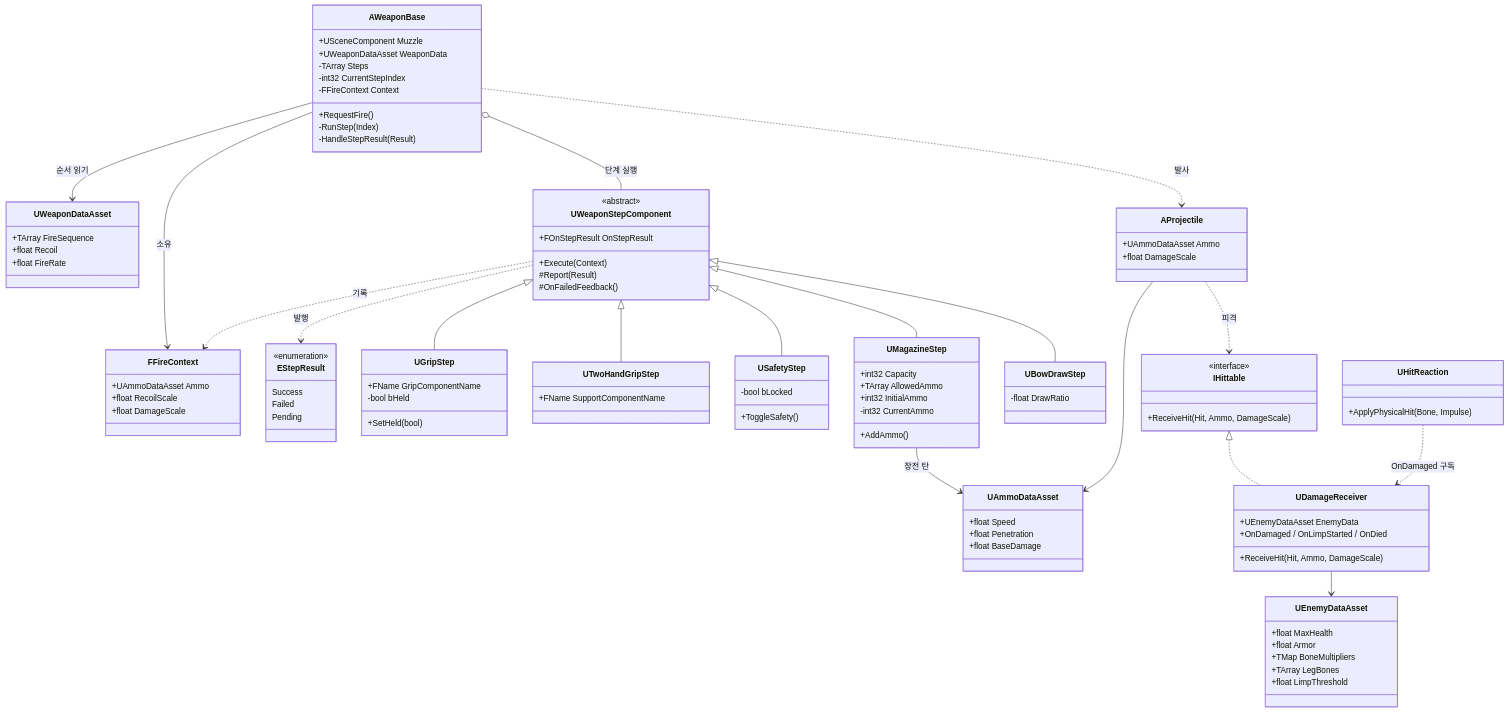
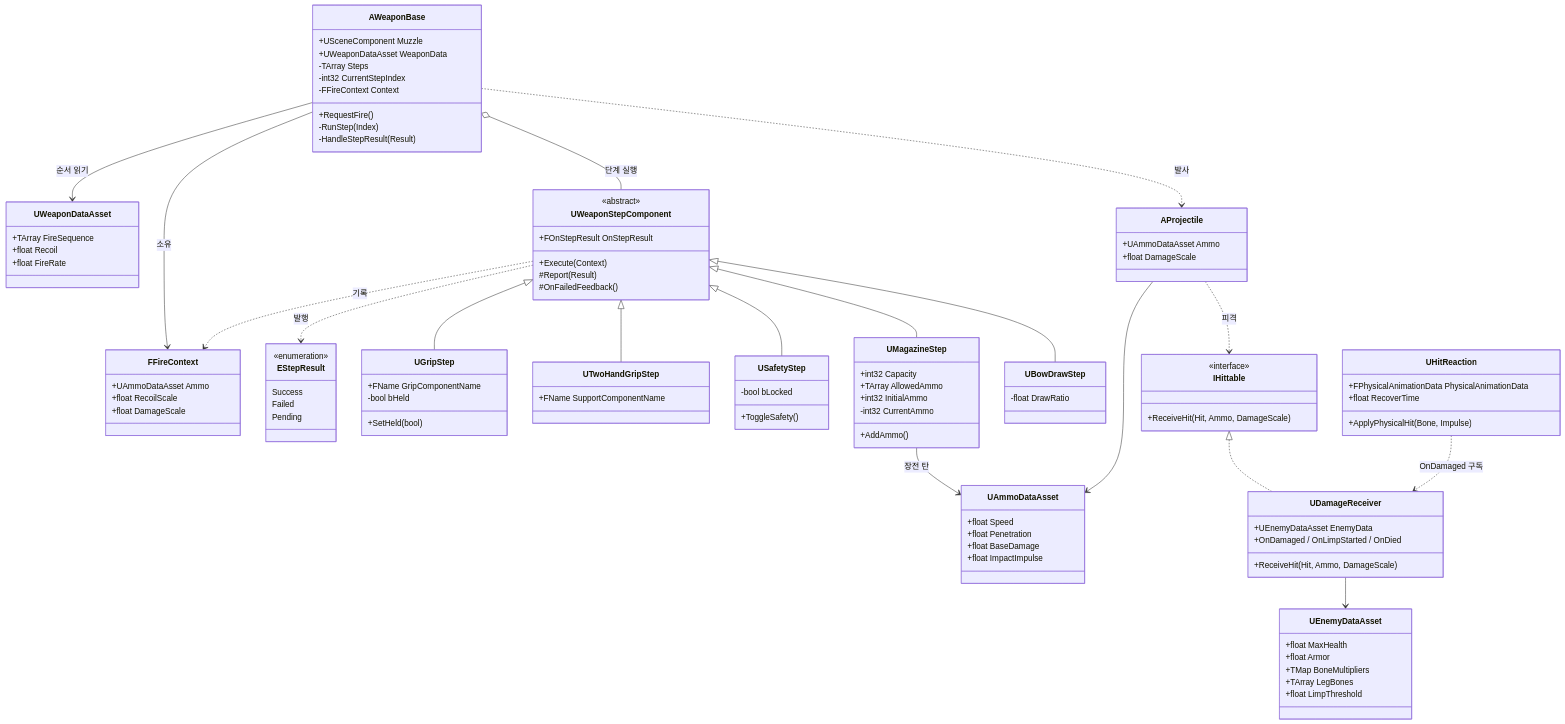
One commit to SeonghunChoi/FirstVR changed the diagram in Docs/PLAN.md. Above: the diagram before and after it, drawn with Mermaid. The commit also changed other lines of this file and 10 other files, not shown here.

Commit message:
[Step 4-3] UHitReaction 추가 (PhysicalAnimation 물리 피격 반응, 탄 충격량)

```diff
--- a/Docs/PLAN.md
+++ b/Docs/PLAN.md
@@ -174,6 +174,7 @@
   +float Speed
   +float Penetration
   +float BaseDamage
+  +float ImpactImpulse
 }
 class AProjectile {
   +UAmmoDataAsset Ammo
@@ -196,6 +197,8 @@
   +float LimpThreshold
 }
 class UHitReaction {
+  +FPhysicalAnimationData PhysicalAnimationData
+  +float RecoverTime
   +ApplyPhysicalHit(Bone, Impulse)
 }
 AWeaponBase --> UWeaponDataAsset : 순서 읽기
```
